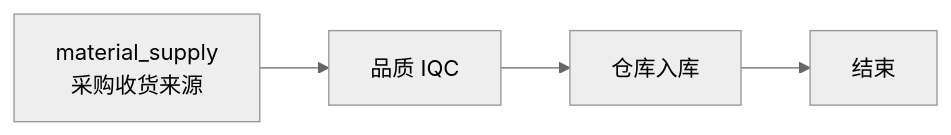
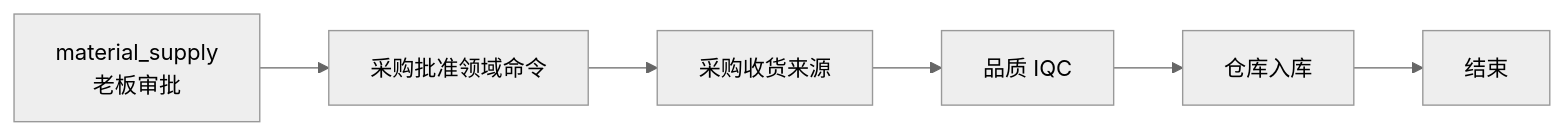
Before and after one commit to saurick/plush-toy-erp: diagram 16 of 17 in docs/customers/yoyoosun/角色能力与流程矩阵.md, drawn with Mermaid (neutral theme). The commit also changed other lines of this file and 89 other files, not shown here.

````diff
--- a/docs/customers/yoyoosun/角色能力与流程矩阵.md
+++ b/docs/customers/yoyoosun/角色能力与流程矩阵.md
@@ -819,4 +819,4 @@
 ```mermaid
 flowchart LR
-  m1["material_supply<br/>采购收货来源"] --> m2["品质 IQC"] --> m3["仓库入库"] --> m4["结束"]
+  m0["material_supply<br/>老板审批"] --> m1["采购批准领域命令"] --> m2["采购收货来源"] --> m3["品质 IQC"] --> m4["仓库入库"] --> m5["结束"]
 ```
````
